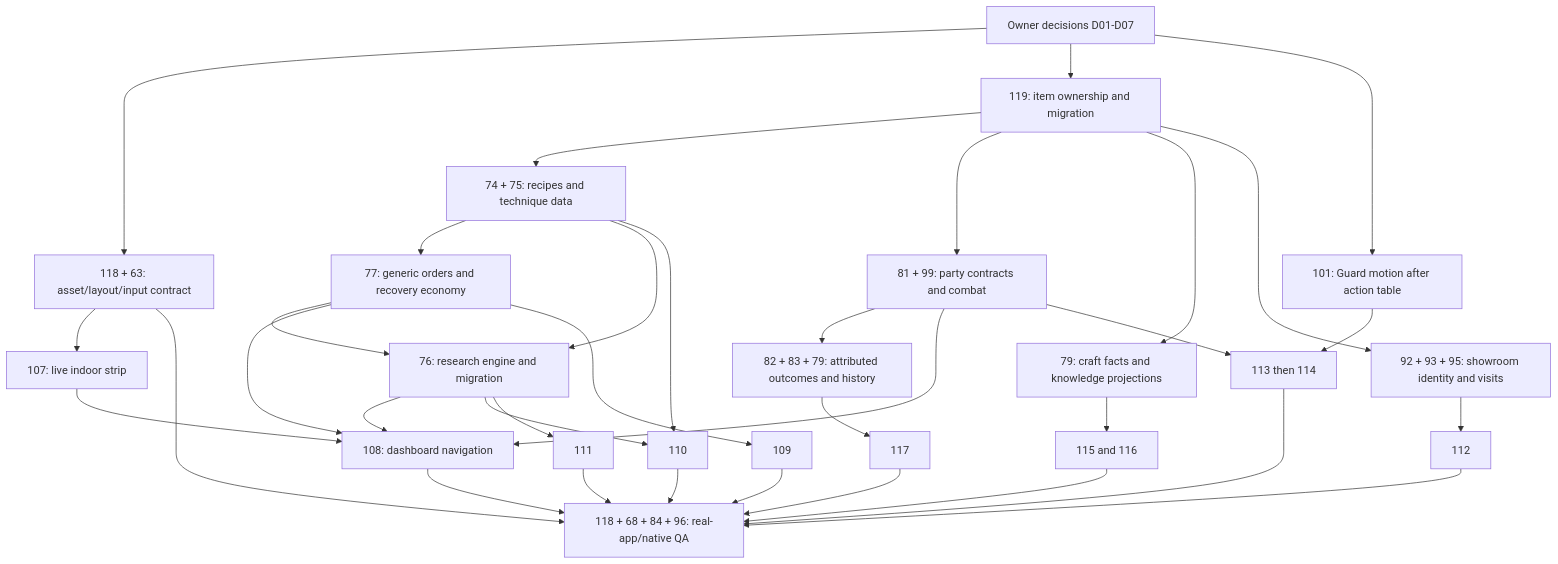
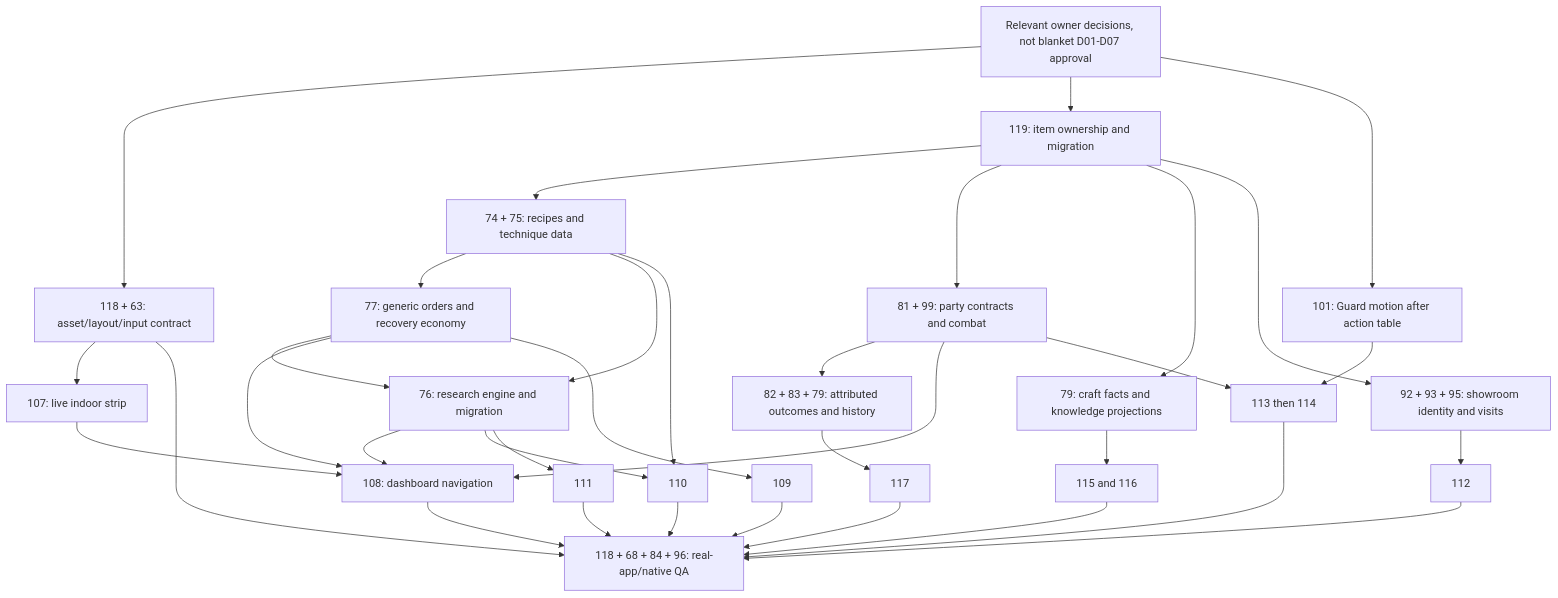
Before and after one commit to milocosmopolitan/little-forge: the diagram in docs/design/IMPLEMENTATION_SEQUENCE.md, drawn with Mermaid. The commit also changed other lines of this file and 6 other files, not shown here.

````diff
--- a/docs/design/IMPLEMENTATION_SEQUENCE.md
+++ b/docs/design/IMPLEMENTATION_SEQUENCE.md
@@ -48,37 +52,37 @@
 ```mermaid
 flowchart TD
-  Decisions[Owner decisions D01-D07] --> Shared[118 + 63: asset/layout/input contract]
+  Decisions[Relevant owner decisions, not blanket D01-D07 approval] --> Shared[118 + 63: asset/layout/input contract]
   Decisions --> Identity[119: item ownership and migration]
   Shared --> Ambient[107: live indoor strip]
   Identity --> Content[74 + 75: recipes and technique data]
   Content --> Orders[77: generic orders and recovery economy]
   Content --> Research[76: research engine and migration]
   Orders --> Research
   Identity --> Party[81 + 99: party contracts and combat]
   Decisions --> Guard[101: Guard motion after action table]
   Party --> Field[82 + 83 + 79: attributed outcomes and history]
   Identity --> History[79: craft facts and knowledge projections]
   Identity --> Sales[92 + 93 + 95: showroom identity and visits]
   Ambient --> Dashboard[108: dashboard navigation]
   Orders --> Dashboard
   Research --> Dashboard
   Party --> Dashboard
   Orders --> OrderUI[109]
   Content --> CraftUI[110]
   Research --> CraftUI
   Research --> ResearchUI[111]
   Sales --> SaleUI[112]
   Party --> DestUI[113 then 114]
   Guard --> DestUI
   History --> CodexUI[115 and 116]
   Field --> LegacyUI[117]
   Shared --> Integrated[118 + 68 + 84 + 96: real-app/native QA]
   Dashboard --> Integrated
   OrderUI --> Integrated
   CraftUI --> Integrated
   ResearchUI --> Integrated
   SaleUI --> Integrated
   DestUI --> Integrated
   CodexUI --> Integrated
   LegacyUI --> Integrated
 ```
````
